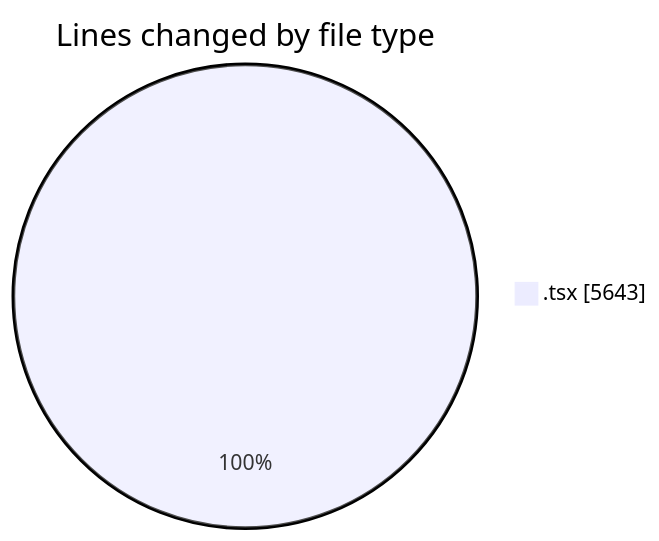
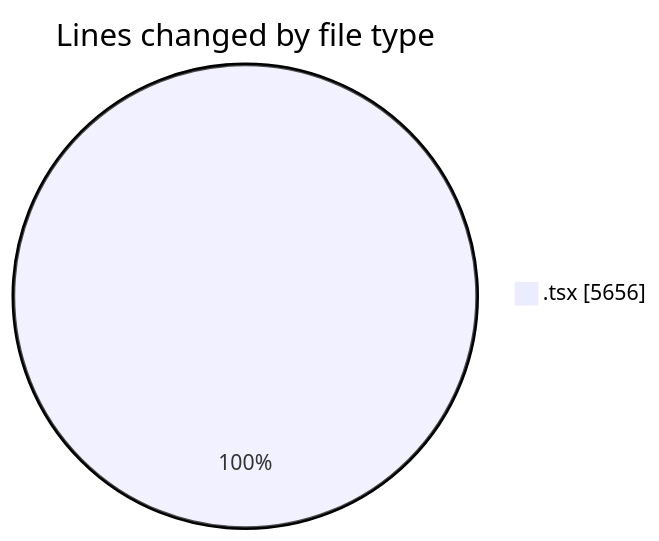
The first of 2 diagrams in 2026-04-01/nxtqube_webapp/README.md (nxtqubesakshisongat/code-tracking), drawn with Mermaid before and after one commit. The commit also changed other lines of this file and 1 other file, not shown here.

````diff
--- a/2026-04-01/nxtqube_webapp/README.md
+++ b/2026-04-01/nxtqube_webapp/README.md
@@ -23,5 +23,5 @@
 ```mermaid
 pie showData
 title Lines changed by file type
-".tsx" : 5643
+".tsx" : 5656
 ```
````
